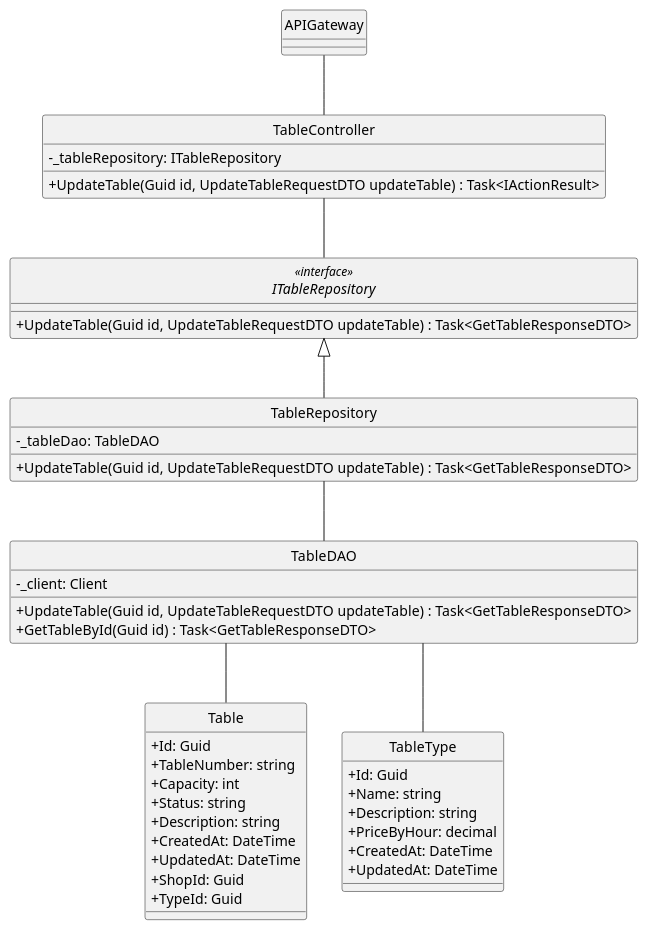
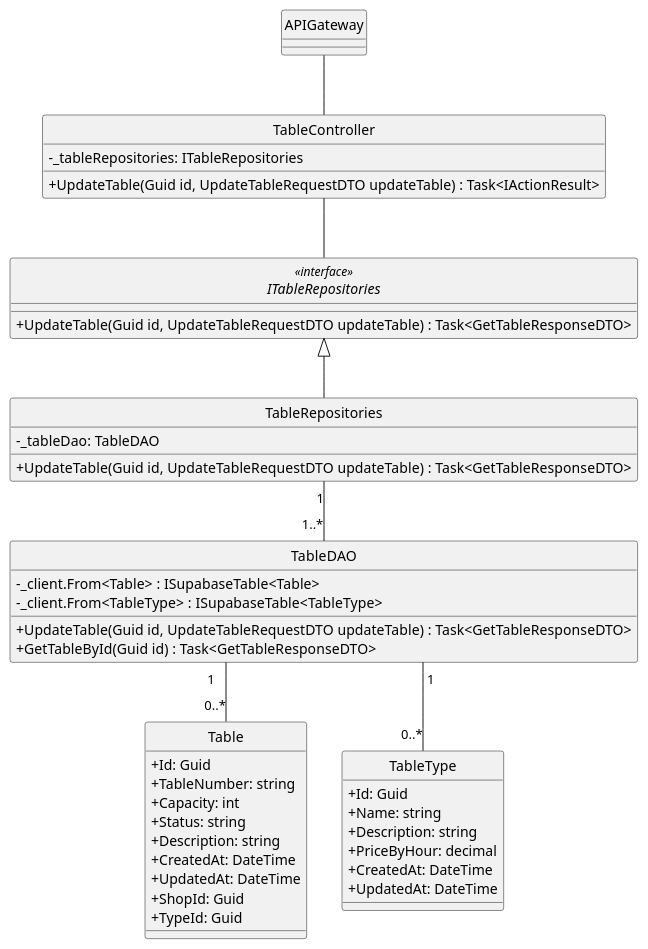
One commit to minhnhut23/FPT-OBOMS changed the diagram in docs/ClassDiagram/Table/UpdateTable.plantuml. Above: the diagram before and after it, drawn with PlantUML. The commit also changed 9 other files, not shown here.

Commit message:
table feature sequence-diagram

```diff
--- a/docs/ClassDiagram/Table/UpdateTable.plantuml
+++ b/docs/ClassDiagram/Table/UpdateTable.plantuml
@@ -1,59 +1,60 @@
 @startuml
 hide circle
 skinparam classAttributeIconSize 0
 skinparam linetype ortho
 
 class APIGateway {
 }         
 
 class TableController {
-    - _tableRepository: ITableRepository
+    - _tableRepositories: ITableRepositories
     + UpdateTable(Guid id, UpdateTableRequestDTO updateTable) : Task<IActionResult> 
 }
 
-interface ITableRepository<<interface>>  {
+interface ITableRepositories<<interface>>  {
     + UpdateTable(Guid id, UpdateTableRequestDTO updateTable) : Task<GetTableResponseDTO> 
 }
 
-class TableRepository {
+class TableRepositories {
     - _tableDao: TableDAO
     + UpdateTable(Guid id, UpdateTableRequestDTO updateTable) : Task<GetTableResponseDTO>
 }
 
 class TableDAO {
-    - _client: Client
+    - _client.From<Table> : ISupabaseTable<Table>
+    - _client.From<TableType> : ISupabaseTable<TableType>
     + UpdateTable(Guid id, UpdateTableRequestDTO updateTable) : Task<GetTableResponseDTO>
     + GetTableById(Guid id) : Task<GetTableResponseDTO>
 }
 
 
 class Table {
     + Id: Guid
     + TableNumber: string
     + Capacity: int
     + Status: string
     + Description: string
     + CreatedAt: DateTime
     + UpdatedAt: DateTime
     + ShopId: Guid
     + TypeId: Guid
 }
 
 
 class TableType {
     + Id: Guid
     + Name: string
     + Description: string
     + PriceByHour: decimal
     + CreatedAt: DateTime
     + UpdatedAt: DateTime
 }
 
 APIGateway -- TableController
-TableController -- ITableRepository
-ITableRepository <|-- TableRepository
-TableRepository -- TableDAO
-TableDAO -- Table
-TableDAO -- TableType
+TableController -- ITableRepositories
+ITableRepositories <|-- TableRepositories
+TableRepositories "1"--"1..*" TableDAO
+TableDAO "1"--"0..*" Table
+TableDAO "1"--"0..*" TableType
 
 @enduml
```
